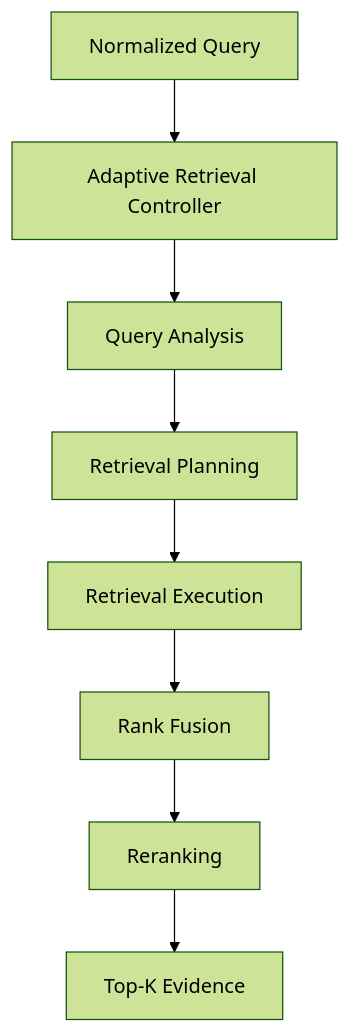
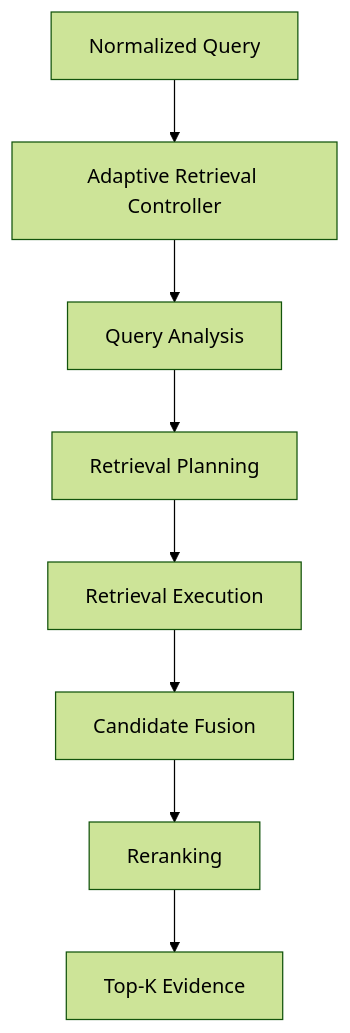
The sixth of 35 diagrams in docs/explore.md (garimakumari44/ai_research_assistant), drawn with Mermaid (forest theme) before and after one commit. The commit also changed other lines of this file and 2 other files, not shown here.

````diff
--- a/docs/explore.md
+++ b/docs/explore.md
@@ -207,27 +178,19 @@
 ```mermaid
 flowchart TD
-
-    Q[Normalized Query]
-
-    C[Adaptive Retrieval Controller]
-
-    A[Query Analysis]
-
-    P[Retrieval Planning]
-
-    E[Retrieval Execution]
-
-    F[Rank Fusion]
-
-    RR[Reranking]
-
-    TOP[Top-K Evidence]
+    Q["Normalized Query"]
+    C["Adaptive Retrieval Controller"]
+    A["Query Analysis"]
+    P["Retrieval Planning"]
+    E["Retrieval Execution"]
+    F["Candidate Fusion"]
+    RR["Reranking"]
+    TOP["Top-K Evidence"]
 
     Q --> C
     C --> A
     A --> P
     P --> E
     E --> F
     F --> RR
     RR --> TOP
 ```
````
